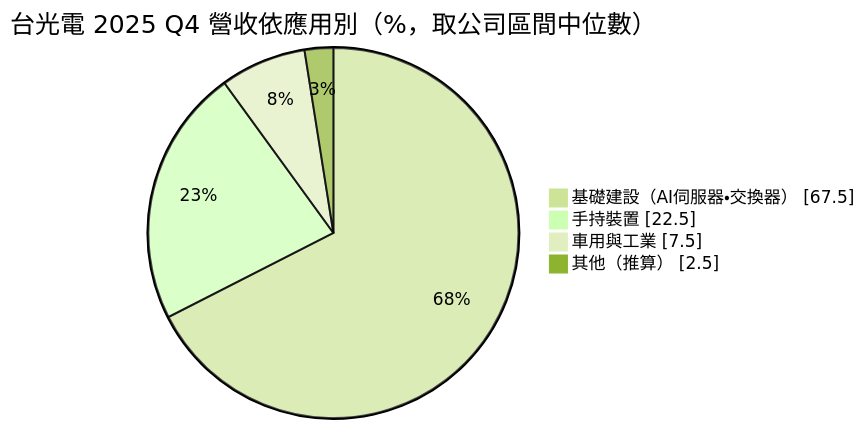
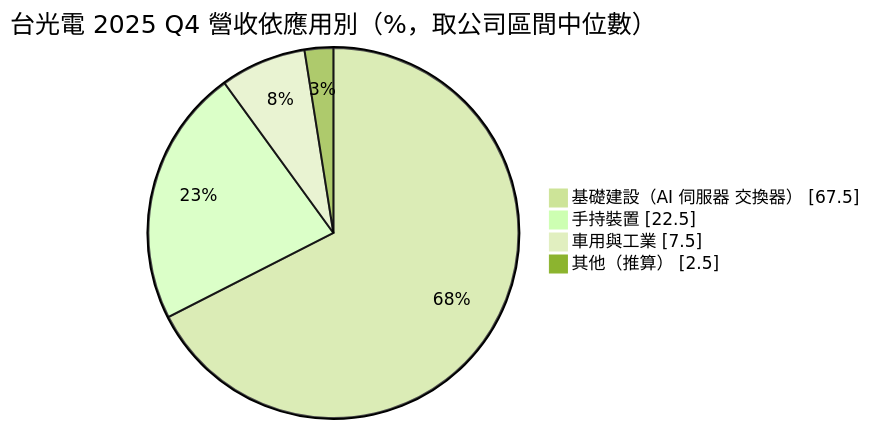
The first of 4 diagrams in 個股/台股/2383台光電.md (wangnick1004/taiwan-stock-vault), drawn with Mermaid (forest theme) before and after one commit. The commit also changed other lines of this file and 19 other files, not shown here.

````diff
--- a/個股/台股/2383台光電.md
+++ b/個股/台股/2383台光電.md
@@ -53,8 +57,8 @@
 ```mermaid
 pie showData
     title 台光電 2025 Q4 營收依應用別（%，取公司區間中位數）
-    "基礎建設（AI伺服器・交換器）" : 67.5
+    "基礎建設（AI 伺服器 交換器）" : 67.5
     "手持裝置" : 22.5
     "車用與工業" : 7.5
     "其他（推算）" : 2.5
 ```
````
